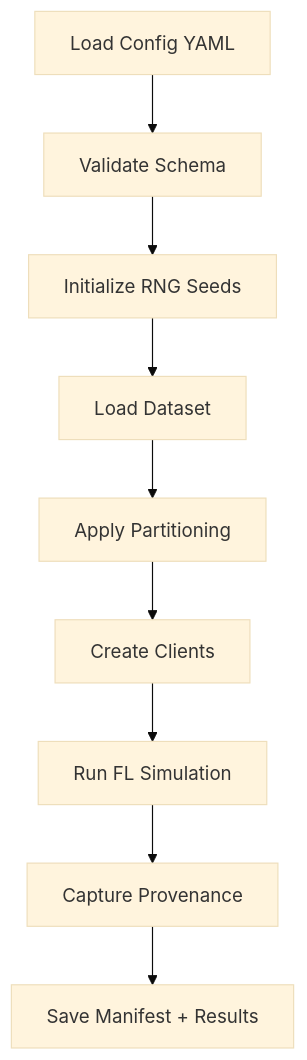
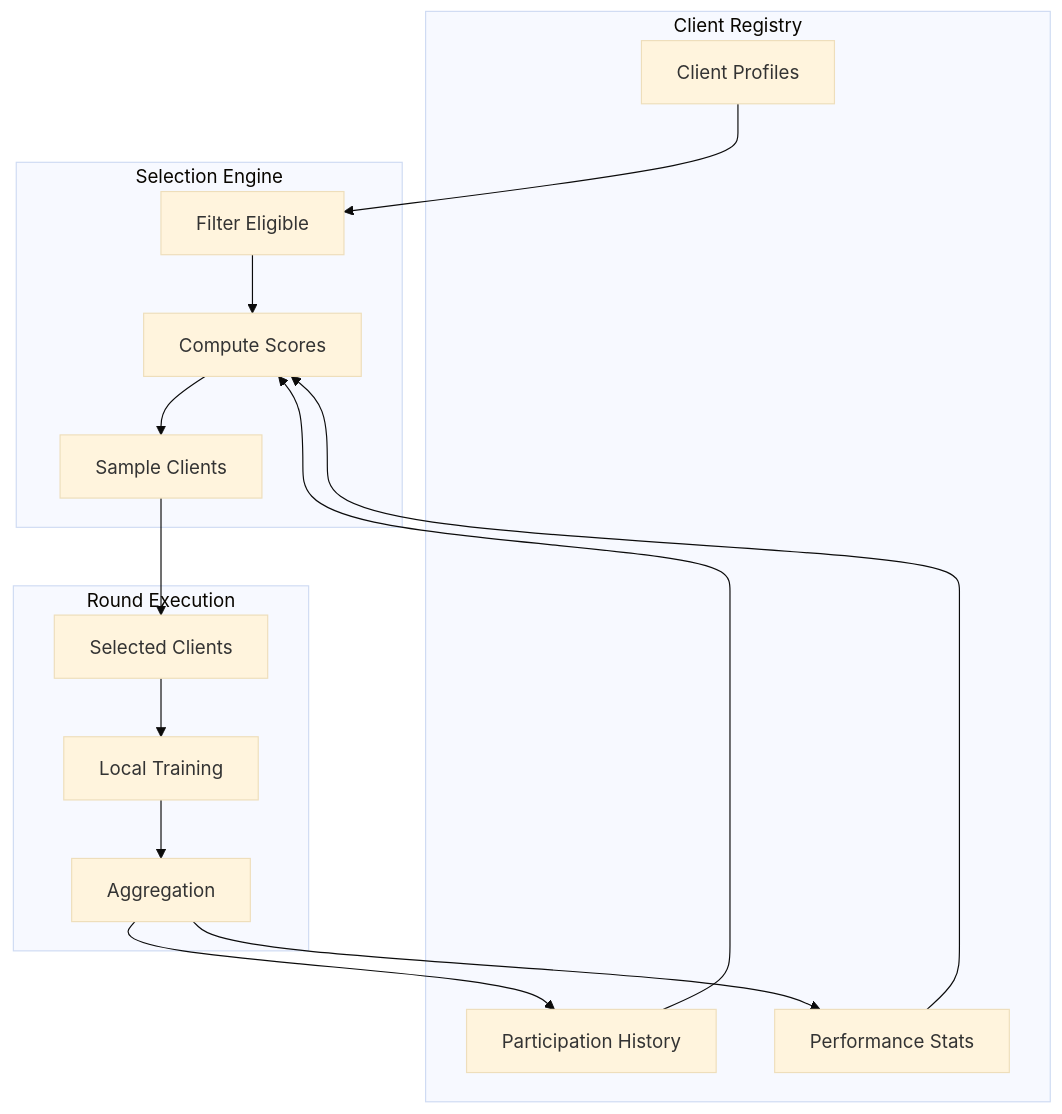
The second of 2 diagrams in docs/tutorials/tutorial_079.md (olaflaitinen/unbitrium), drawn with Mermaid (base theme) before and after one commit. The commit also changed other lines of this file and 298 other files, not shown here.

````diff
--- a/docs/tutorials/tutorial_079.md
+++ b/docs/tutorials/tutorial_079.md
@@ -128,11 +116,28 @@
 ```mermaid
-flowchart TD
-    A[Load Config YAML] --> B[Validate Schema]
-    B --> C[Initialize RNG Seeds]
-    C --> D[Load Dataset]
-    D --> E[Apply Partitioning]
-    E --> F[Create Clients]
-    F --> G[Run FL Simulation]
-    G --> H[Capture Provenance]
-    H --> I[Save Manifest + Results]
+flowchart TB
+    subgraph "Client Registry"
+        PROFILES[Client Profiles]
+        HISTORY[Participation History]
+        STATS[Performance Stats]
+    end
+
+    subgraph "Selection Engine"
+        ELIGIBLE[Filter Eligible]
+        SCORE[Compute Scores]
+        SAMPLE[Sample Clients]
+    end
+
+    subgraph "Round Execution"
+        SELECTED[Selected Clients]
+        TRAIN[Local Training]
+        AGG[Aggregation]
+    end
+
+    PROFILES --> ELIGIBLE
+    HISTORY --> SCORE
+    STATS --> SCORE
+    ELIGIBLE --> SCORE --> SAMPLE --> SELECTED
+    SELECTED --> TRAIN --> AGG
+    AGG --> HISTORY
+    AGG --> STATS
 ```
````
